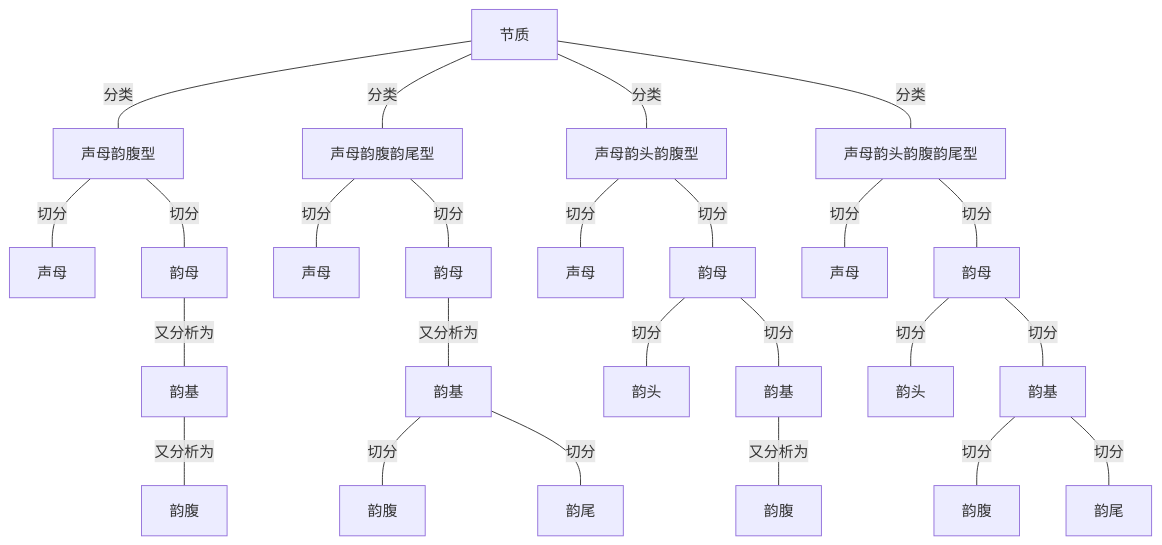
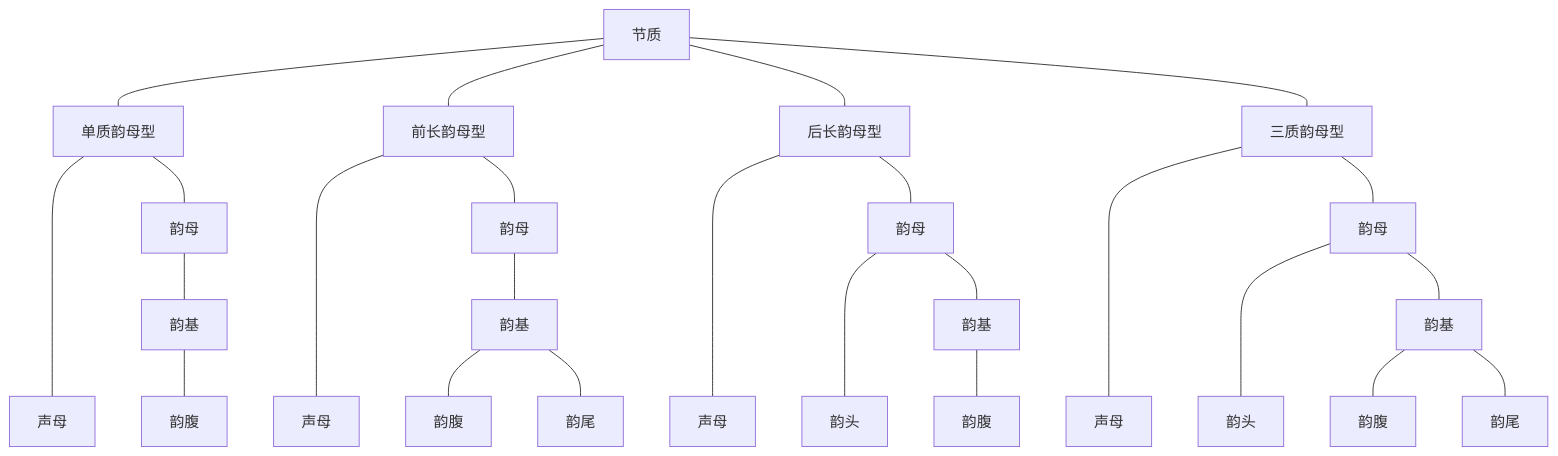
Before and after one commit to tsaanghwang/Yime-prototype: the diagram in YIME_Theory/flowchart/节质树形结构.mmd, drawn with Mermaid. The commit also changed 16 other files, not shown here.

```diff
--- a/YIME_Theory/flowchart/节质树形结构.mmd
+++ b/YIME_Theory/flowchart/节质树形结构.mmd
@@ -1,29 +1,29 @@
 graph TB
-A[节质]  --- |分类|B1[声母韵腹型]
-A --- |分类|B2[声母韵腹韵尾型]
-A --- |分类|B3[声母韵头韵腹型]
-A --- |分类|B4[声母韵头韵腹韵尾型]
+A[节质]  --- B1[单质韵母型]
+A --- B2[前长韵母型]
+A --- B3[后长韵母型]
+A --- B4[三质韵母型]
 
-B1 --- |切分|C1[声母]
-B1 --- |切分|C2[韵母]
-C2 --- |又分析为|C3[韵基]
-C3 --- |又分析为|C4[韵腹]
+B1 ----- C1[声母]
+B1 --- C2[韵母]
+C2 --- C3[韵基]
+C3 --- C4[韵腹]
 
-B2 --- |切分|D1[声母]
-B2 --- |切分|D2[韵母]
-D2 --- |又分析为|D3[韵基]
-D3 --- |切分|D4[韵腹]
-D3 --- |切分|D5[韵尾]
+B2 ----- D1[声母]
+B2 --- D2[韵母]
+D2 --- D3[韵基]
+D3 --- D4[韵腹]
+D3 --- D5[韵尾]
 
-B3 --- |切分|E1[声母]
-B3 --- |切分|E2[韵母]
-E2 --- |切分|E3[韵头]
-E2 --- |切分|E4[韵基]
-E4 --- |又分析为|E5[韵腹]
+B3 ----- E1[声母]
+B3 --- E2[韵母]
+E2 ---- E3[韵头]
+E2 --- E4[韵基]
+E4 --- E5[韵腹]
 
-B4 --- |切分|F1[声母]
-B4 --- |切分|F2[韵母]
-F2 --- |切分|F3[韵头]
-F2 --- |切分|F4[韵基]
-F4 --- |切分|F5[韵腹]
-F4 --- |切分|F6[韵尾]
+B4 ----- F1[声母]
+B4 --- F2[韵母]
+F2 ---- F3[韵头]
+F2 --- F4[韵基]
+F4 --- F5[韵腹]
+F4 --- F6[韵尾]
```
